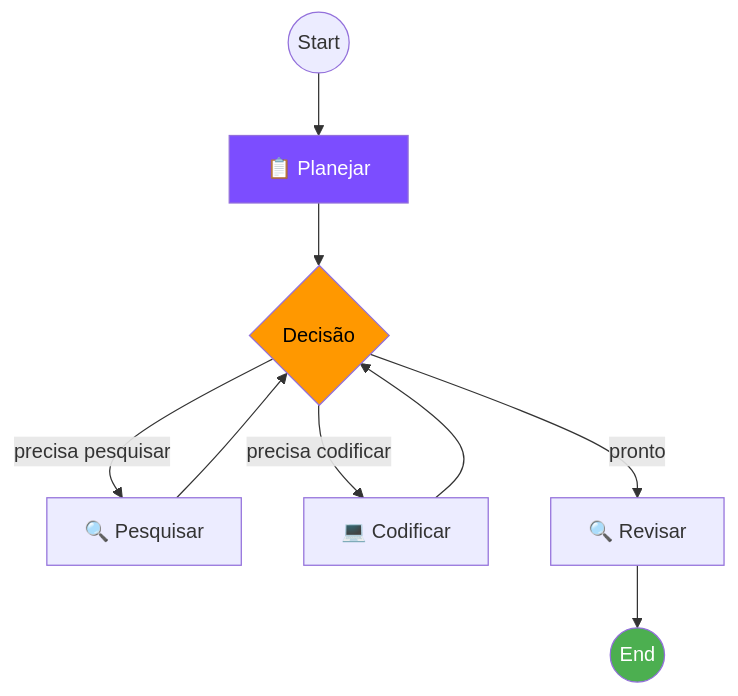
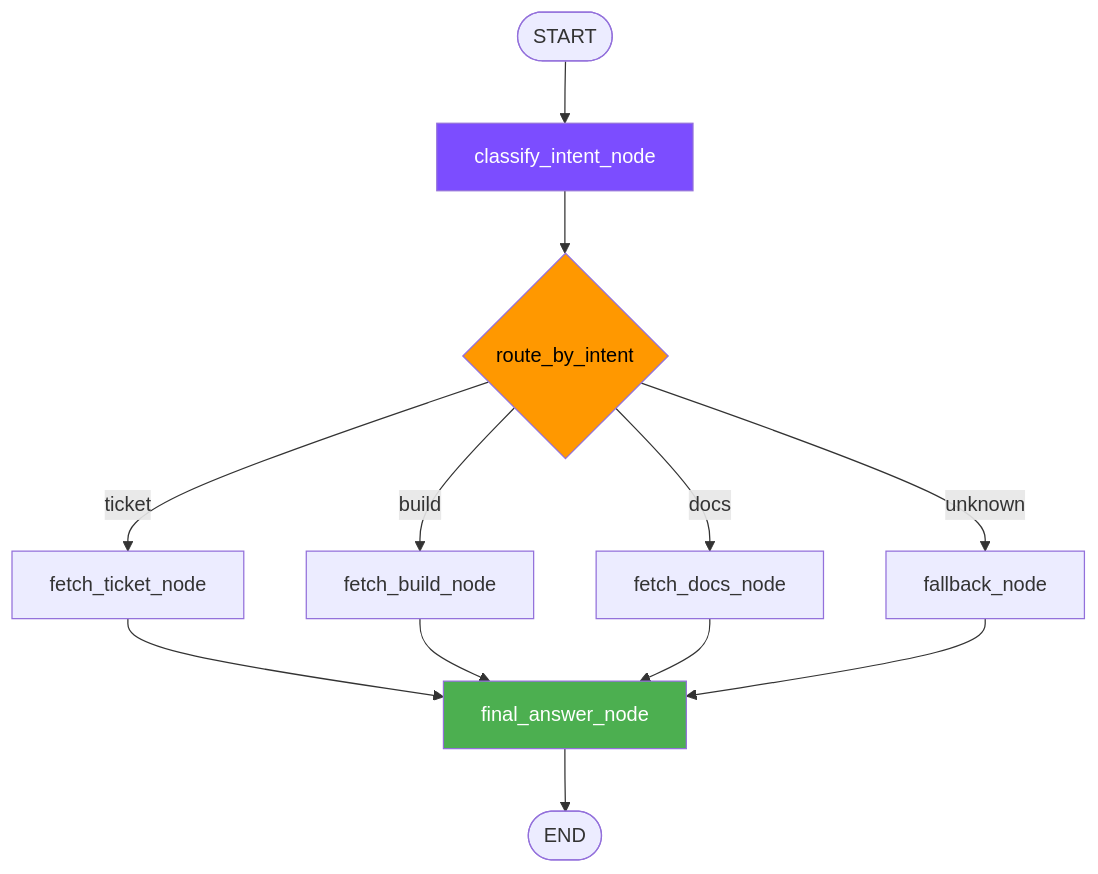
Before and after one commit to IA-para-DEVs-SD/AI4devs: the sixth of 7 diagrams in docs/bloco2/s04-mcp-langgraph.md, drawn with Mermaid. The commit also changed other lines of this file and 4 other files, not shown here.

````diff
--- a/docs/bloco2/s04-mcp-langgraph.md
+++ b/docs/bloco2/s04-mcp-langgraph.md
@@ -66,15 +187,18 @@
 ```mermaid
 flowchart TD
-    START((Start)) --> PLAN[📋 Planejar]
-    PLAN --> DECIDE{Decisão}
-    DECIDE -->|precisa pesquisar| SEARCH[🔍 Pesquisar]
-    DECIDE -->|precisa codificar| CODE[💻 Codificar]
-    DECIDE -->|pronto| REVIEW[🔍 Revisar]
-    SEARCH --> DECIDE
-    CODE --> DECIDE
-    REVIEW --> END((End))
+    START([START]) --> CI[classify_intent_node]
+    CI --> RBI{route_by_intent}
+    RBI -->|ticket| FT[fetch_ticket_node]
+    RBI -->|build| FB[fetch_build_node]
+    RBI -->|docs| FD[fetch_docs_node]
+    RBI -->|unknown| FK[fallback_node]
+    FT --> FA[final_answer_node]
+    FB --> FA
+    FD --> FA
+    FK --> FA
+    FA --> END([END])
     
-    style PLAN fill:#7c4dff,color:#fff
-    style DECIDE fill:#ff9800,color:#000
-    style END fill:#4caf50,color:#fff
+    style CI fill:#7c4dff,color:#fff
+    style RBI fill:#ff9800,color:#000
+    style FA fill:#4caf50,color:#fff
 ```
````
